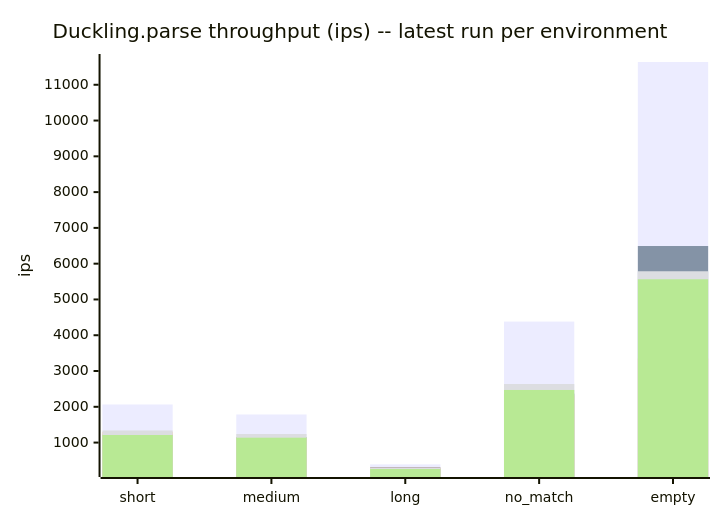
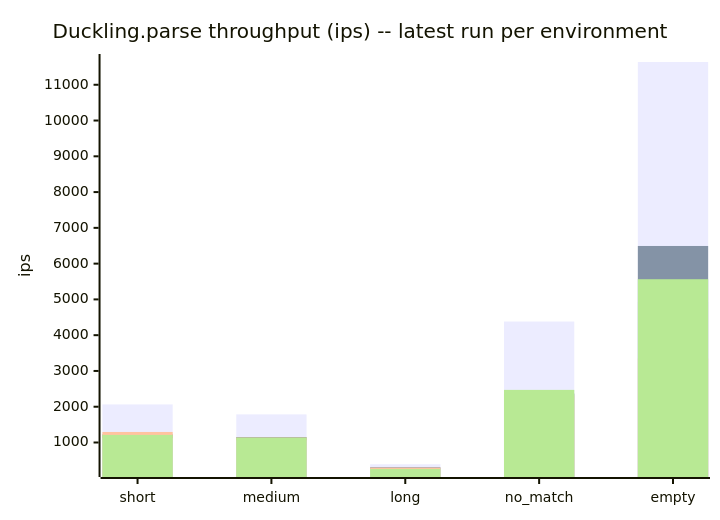
Before and after one commit to cpb/duckling: the sixth of 7 diagrams in docs/benchmarks/README.md, drawn with Mermaid. The commit also changed other lines of this file and 1 other file, not shown here.

First line of the commit message:
bench: record local-3.4 data point for 0.3.0-rc2

````diff
--- a/docs/benchmarks/README.md
+++ b/docs/benchmarks/README.md
@@ -211,11 +211,11 @@
 ```mermaid
 xychart-beta
     title "Duckling.parse throughput (ips) -- latest run per environment"
     x-axis [short, medium, long, no_match, empty]
     y-axis "ips"
     bar "github-actions" [2064.6, 1785.9, 391.5, 4382.0, 11636.2]
     bar "claude-code-web" [1228.1, 1152.8, 308.1, 2368.1, 6493.4]
     bar "local-3.3" [1294.7, 1136.9, 298.4, 2307.3, 3347.9]
-    bar "local-3.4" [1338.4, 1240.2, 291.2, 2636.8, 5788.3]
+    bar "local-3.4" [1122.6, 1061.7, 259.2, 2350.7, 4930.6]
     bar "local-4.0" [1211.9, 1136.8, 261.7, 2470.9, 5564.1]
 ```
````
